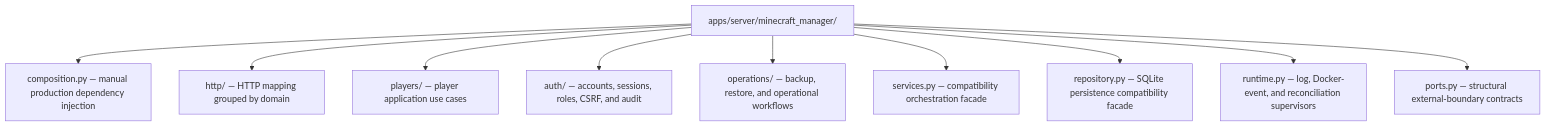
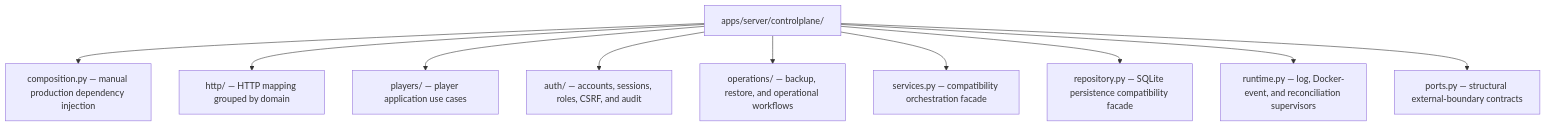
The fourth of 5 diagrams in README.md (dgaramos/craftcontrol), drawn with Mermaid before and after one commit. The commit also changed other lines of this file and 107 other files, not shown here.

````diff
--- a/README.md
+++ b/README.md
@@ -146,12 +146,12 @@
 ```mermaid
 flowchart TD
-    manager["apps/server/minecraft_manager/"] --> composition["composition.py — manual production dependency injection"]
+    manager["apps/server/controlplane/"] --> composition["composition.py — manual production dependency injection"]
     manager --> http["http/ — HTTP mapping grouped by domain"]
     manager --> players["players/ — player application use cases"]
     manager --> auth["auth/ — accounts, sessions, roles, CSRF, and audit"]
     manager --> operations["operations/ — backup, restore, and operational workflows"]
     manager --> services["services.py — compatibility orchestration facade"]
     manager --> repository["repository.py — SQLite persistence compatibility facade"]
     manager --> runtime["runtime.py — log, Docker-event, and reconciliation supervisors"]
     manager --> ports["ports.py — structural external-boundary contracts"]
 ```
````
